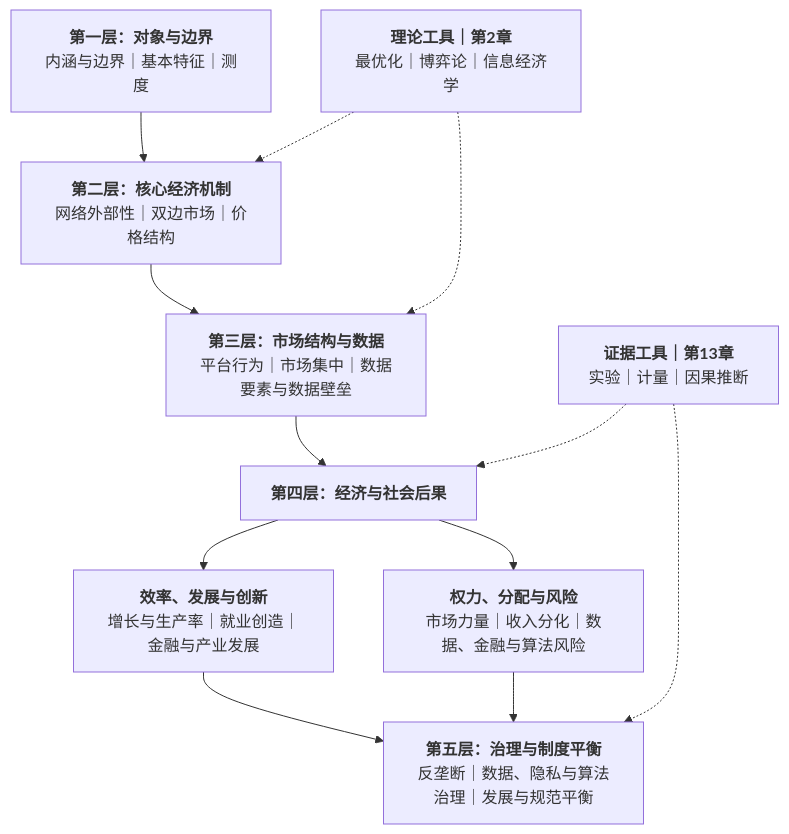
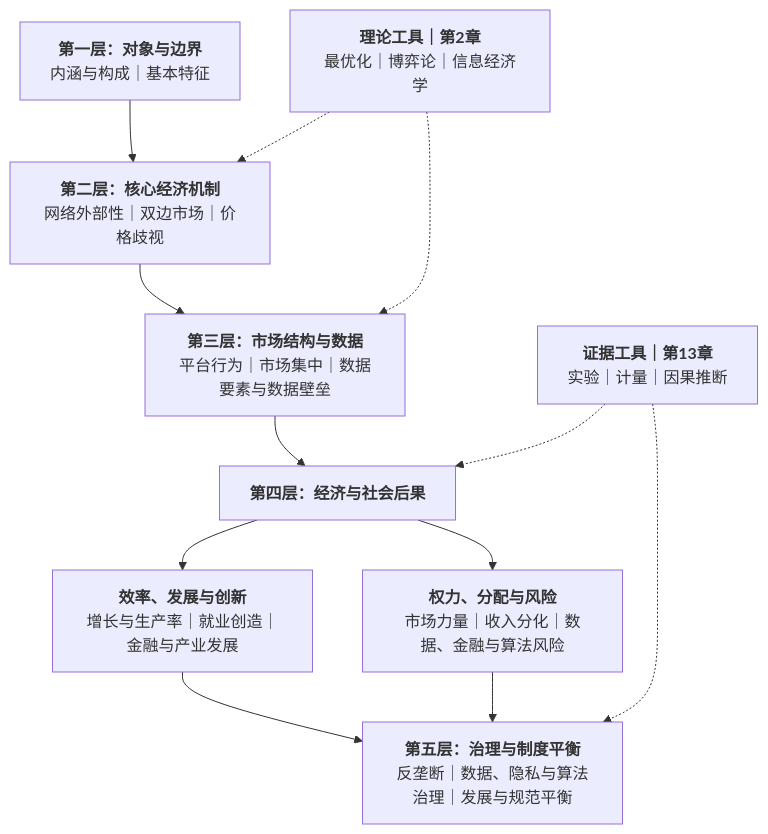
One commit to korsonedu/digitalecon changed the diagram in 试读版/five-layer-framework.md. Above: the diagram before and after it, drawn with Mermaid. The commit also changed other lines of this file and 5 other files, not shown here.

Commit message:
试读版：更新五层分析框架并补充配图

````diff
--- a/试读版/five-layer-framework.md
+++ b/试读版/five-layer-framework.md
@@ -13,16 +13,16 @@
 ```mermaid
 flowchart TD
-    A["<b>第一层：对象与边界</b><br/>内涵与边界｜基本特征｜测度"]
-    A --> B["<b>第二层：核心经济机制</b><br/>网络外部性｜双边市场｜价格结构"]
+    A["<b>第一层：对象与边界</b><br/>内涵与构成｜基本特征"]
+    A --> B["<b>第二层：核心经济机制</b><br/>网络外部性｜双边市场｜价格歧视"]
     B --> C["<b>第三层：市场结构与数据</b><br/>平台行为｜市场集中｜数据要素与数据壁垒"]
     C --> D["<b>第四层：经济与社会后果</b>"]
     D --> D1["<b>效率、发展与创新</b><br/>增长与生产率｜就业创造｜金融与产业发展"]
     D --> D2["<b>权力、分配与风险</b><br/>市场力量｜收入分化｜数据、金融与算法风险"]
     D1 --> E["<b>第五层：治理与制度平衡</b><br/>反垄断｜数据、隐私与算法治理｜发展与规范平衡"]
     D2 --> E
 
     T["<b>理论工具｜第2章</b><br/>最优化｜博弈论｜信息经济学"] -.-> B
     T -.-> C
     V["<b>证据工具｜第13章</b><br/>实验｜计量｜因果推断"] -.-> D
     V -.-> E
 ```
````
